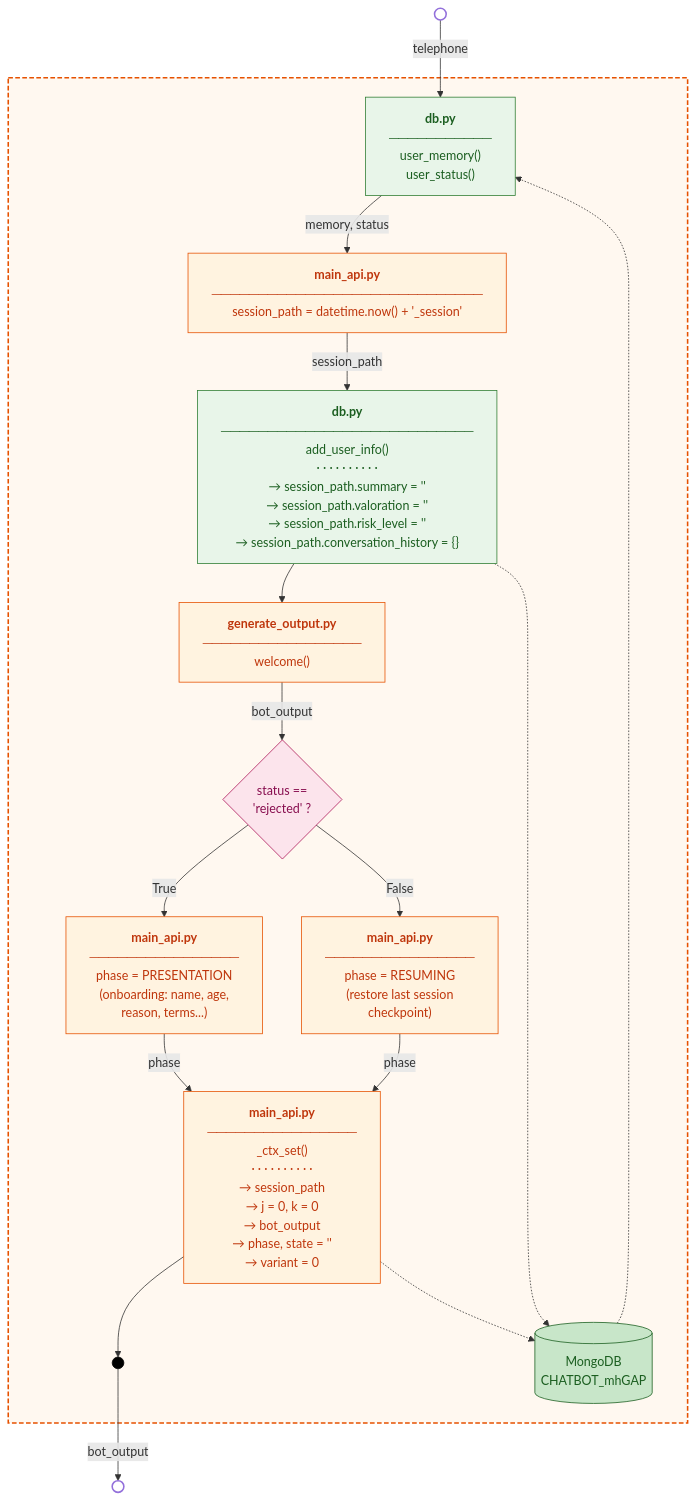
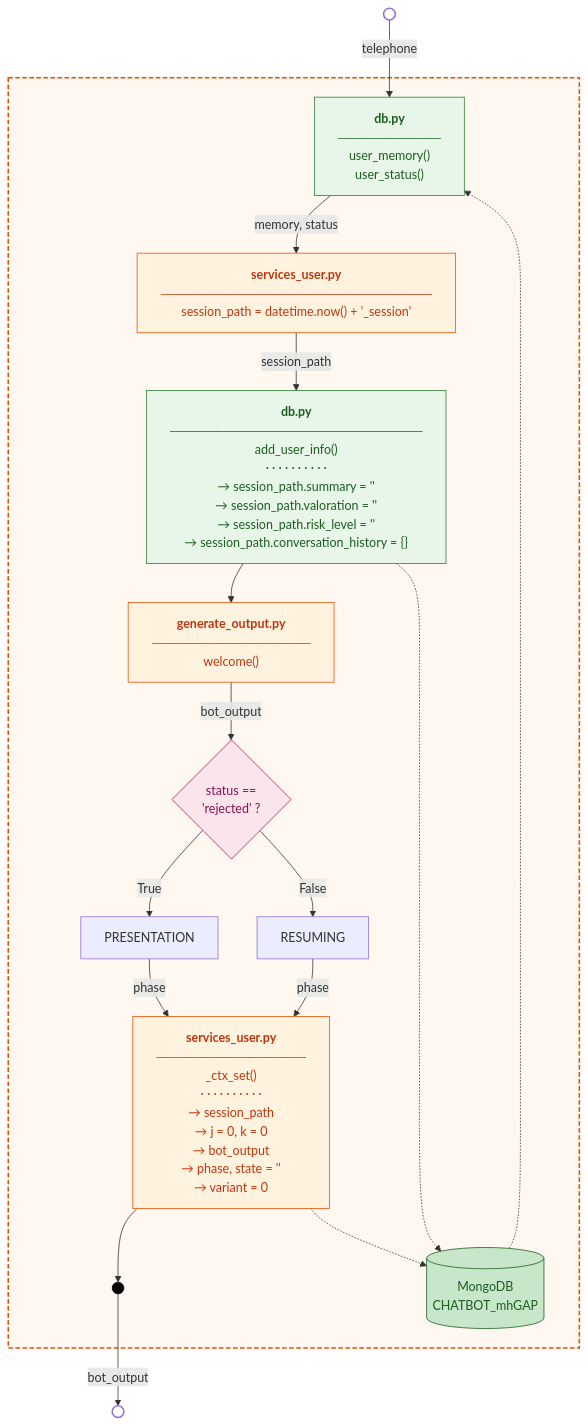
The third of 7 diagrams in diagrams/ZZ_Backend_flow_diagram.md (JordiiQueralto/AURORA_mhGAP-IG_v2.0), drawn with Mermaid before and after one commit. The commit also changed other lines of this file and 4 other files, not shown here.

````diff
--- a/diagrams/ZZ_Backend_flow_diagram.md
+++ b/diagrams/ZZ_Backend_flow_diagram.md
@@ -132,55 +132,51 @@
 ```mermaid
 flowchart TD
 
     START(( )):::circle
     FINISH(( )):::circle
 
     START -->|"telephone"| INIT
 
     subgraph START_CONV[" "]
 
         INIT["<b>db.py</b><br/>───────────<br/>user_memory()<br/>user_status()"]:::dbmod
 
-        SP["<b>main_api.py</b><br/>─────────────────────────────<br/>session_path = datetime.now() + '_session'"]:::module
+        SP["<b>services_user.py</b><br/>─────────────────────────────<br/>session_path = datetime.now() + '_session'"]:::module
 
         SESSION["<b>db.py</b><br/>───────────────────────────<br/>add_user_info()<br/>· · · · · · · · · ·<br/>→ session_path.summary = ''<br/>→ session_path.valoration = ''<br/>→ session_path.risk_level = ''<br/>→ session_path.conversation_history = {}"]:::dbmod
 
         WELCOME["<b>generate_output.py</b><br/>─────────────────<br/>welcome()"]:::module
 
         D_STATUS{status ==<br/>'rejected' ?}:::decision
 
-        PRESENTATION["<b>main_api.py</b><br/>────────────────<br/>phase = PRESENTATION<br/>(onboarding: name, age,<br/>reason, terms...)"]:::module
-
-        RESUMING["<b>main_api.py</b><br/>────────────────<br/>phase = RESUMING<br/>(restore last session<br/>checkpoint)"]:::module
-
-        CTX["<b>main_api.py</b><br/>────────────────<br/>_ctx_set()<br/>· · · · · · · · · ·<br/>→ session_path<br/>→ j = 0, k = 0<br/>→ bot_output<br/>→ phase, state = ''<br/>→ variant = 0"]:::module
+        CTX["<b>services_user.py</b><br/>────────────────<br/>_ctx_set()<br/>· · · · · · · · · ·<br/>→ session_path<br/>→ j = 0, k = 0<br/>→ bot_output<br/>→ phase, state = ''<br/>→ variant = 0"]:::module
 
         BOTTOM(( )):::junction
 
         MONGO[("MongoDB<br/>CHATBOT_mhGAP")]:::db
 
         INIT -->|"memory, status"| SP
         SP -->|"session_path"| SESSION
         SESSION --> WELCOME -->|"bot_output"| D_STATUS
         D_STATUS -->|"True"| PRESENTATION -->|"phase"| CTX
         D_STATUS -->|"False"| RESUMING -->|"phase"| CTX
 
         MONGO -.-> INIT
         CTX -.-> MONGO
         SESSION -.-> MONGO
         CTX --> BOTTOM
 
     end
 
     BOTTOM -->|"bot_output"| FINISH
 
     classDef circle    fill:#ffffff,stroke:#9370db,stroke-width:2px,color:#ffffff
     classDef junction  fill:#000000,stroke:#000000,color:#000000
     classDef module    fill:#fff3e0,stroke:#e65100,color:#bf360c
     classDef flowblock fill:#fffde7,stroke:#f57f17,color:#e65100
     classDef decision  fill:#fce4ec,stroke:#ad1457,color:#880e4f
     classDef dbmod     fill:#e8f5e9,stroke:#2e7d32,color:#1b5e20
     classDef db        fill:#c8e6c9,stroke:#1b5e20,color:#1b5e20
 
     style START_CONV fill:#fff8f0,stroke:#e65100,stroke-width:2px,stroke-dasharray: 6 3
 ```
````
